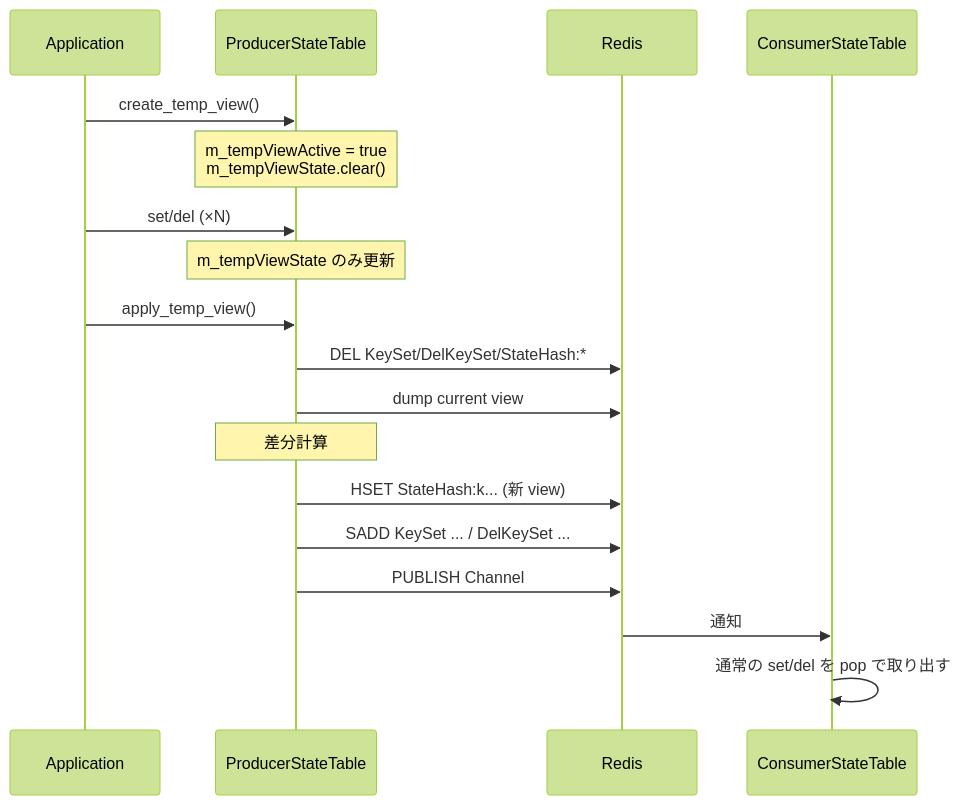
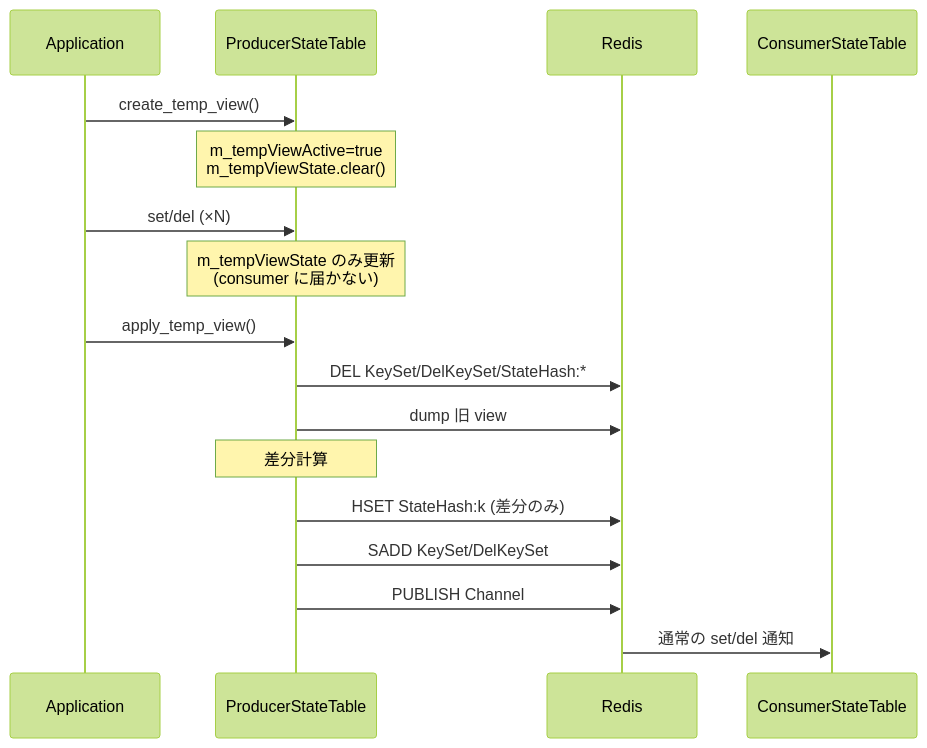
Before and after one commit to aoki-taquan/sonic-unofficial-docs: the diagram in docs/switching/view-switching-in-producerstatetable.md, drawn with Mermaid (forest theme). The commit also changed other lines of this file and 7 other files, not shown here.

````diff
--- a/docs/switching/view-switching-in-producerstatetable.md
+++ b/docs/switching/view-switching-in-producerstatetable.md
@@ -87,21 +38,19 @@
 ```mermaid
 sequenceDiagram
     participant APP as Application
     participant PST as ProducerStateTable
     participant DB as Redis
     participant CST as ConsumerStateTable
-
     APP->>PST: create_temp_view()
-    Note over PST: m_tempViewActive = true<br/>m_tempViewState.clear()
+    Note over PST: m_tempViewActive=true<br/>m_tempViewState.clear()
     APP->>PST: set/del (×N)
-    Note over PST: m_tempViewState のみ更新
+    Note over PST: m_tempViewState のみ更新<br/>(consumer に届かない)
     APP->>PST: apply_temp_view()
     PST->>DB: DEL KeySet/DelKeySet/StateHash:*
-    PST->>DB: dump current view
+    PST->>DB: dump 旧 view
     Note over PST: 差分計算
-    PST->>DB: HSET StateHash:k... (新 view)
-    PST->>DB: SADD KeySet ... / DelKeySet ...
+    PST->>DB: HSET StateHash:k (差分のみ)
+    PST->>DB: SADD KeySet/DelKeySet
     PST->>DB: PUBLISH Channel
-    DB->>CST: 通知
-    CST->>CST: 通常の set/del を pop で取り出す
+    DB->>CST: 通常の set/del 通知
 ```
````
